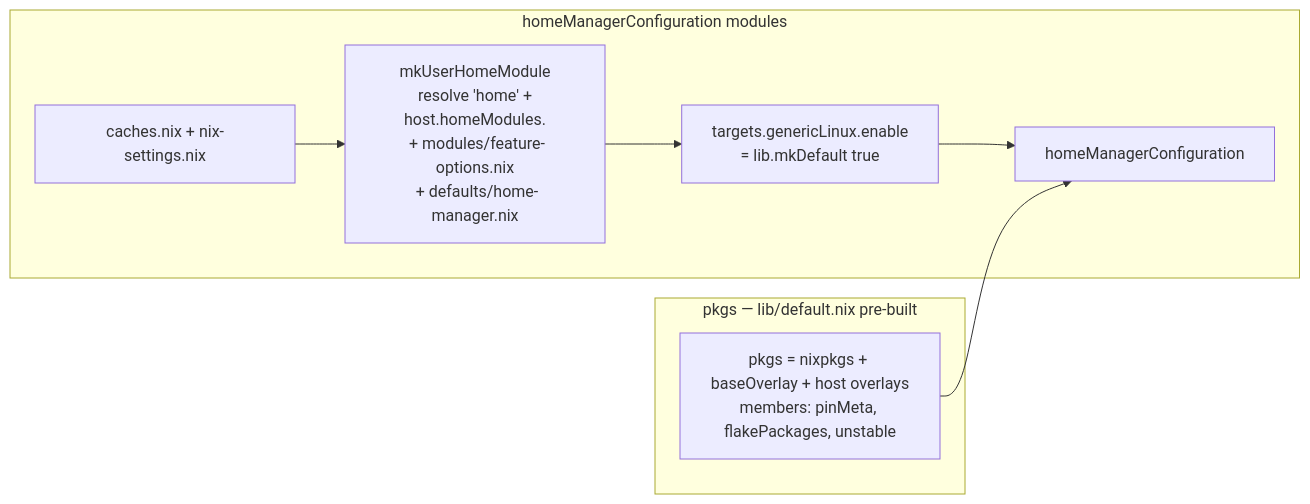
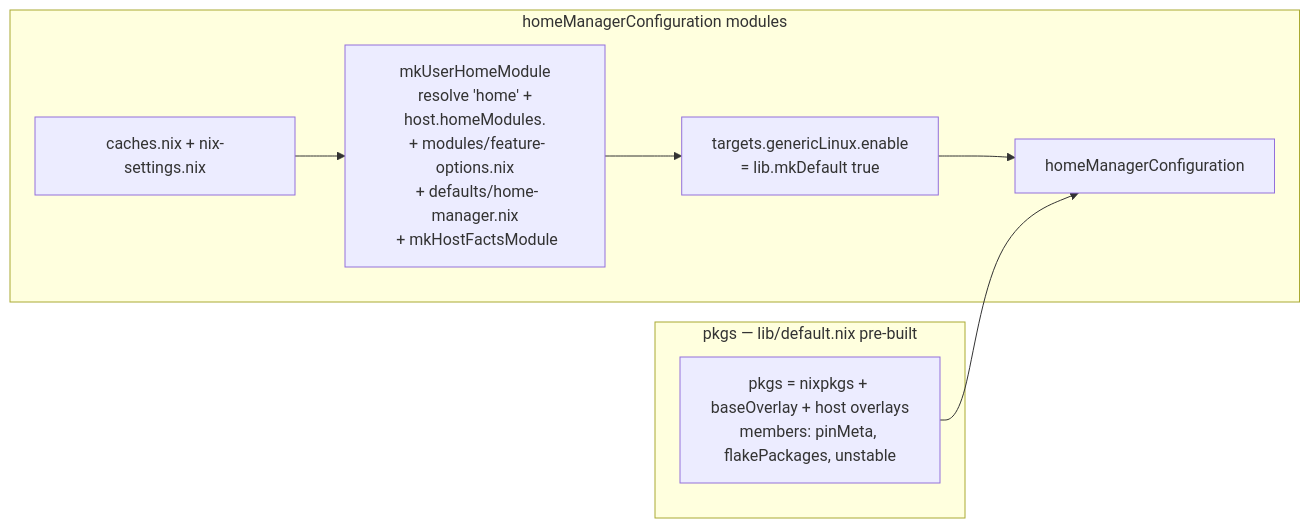
Before and after one commit to WombatFromHell/automatic-palm-tree: the sixth of 7 diagrams in DESIGN.md, drawn with Mermaid. The commit also changed other lines of this file and 4 other files, not shown here.

Commit message:
Implement 'nixos-gnome' feature module for 'methyl' host

````diff
--- a/DESIGN.md
+++ b/DESIGN.md
@@ -204,13 +214,13 @@
 ```mermaid
 flowchart LR
     subgraph Pkgs ["pkgs — lib/default.nix pre-built"]
         pkgsNode["pkgs = nixpkgs + baseOverlay + host overlays\nmembers: pinMeta, flakePackages, unstable"]
     end
     subgraph Mods2 ["homeManagerConfiguration modules"]
         nixSet2["caches.nix + nix-settings.nix"]
-        userMod["mkUserHomeModule\n resolve 'home' + host.homeModules.<user>\n + modules/feature-options.nix\n + defaults/home-manager.nix"]
+        userMod["mkUserHomeModule\n resolve 'home' + host.homeModules.<user>\n + modules/feature-options.nix\n + defaults/home-manager.nix\n + mkHostFactsModule"]
         generic["targets.genericLinux.enable\n = lib.mkDefault true"]
         nixSet2 --> userMod --> generic --> merged2["homeManagerConfiguration"]
     end
     pkgsNode --> merged2
 ```
````
